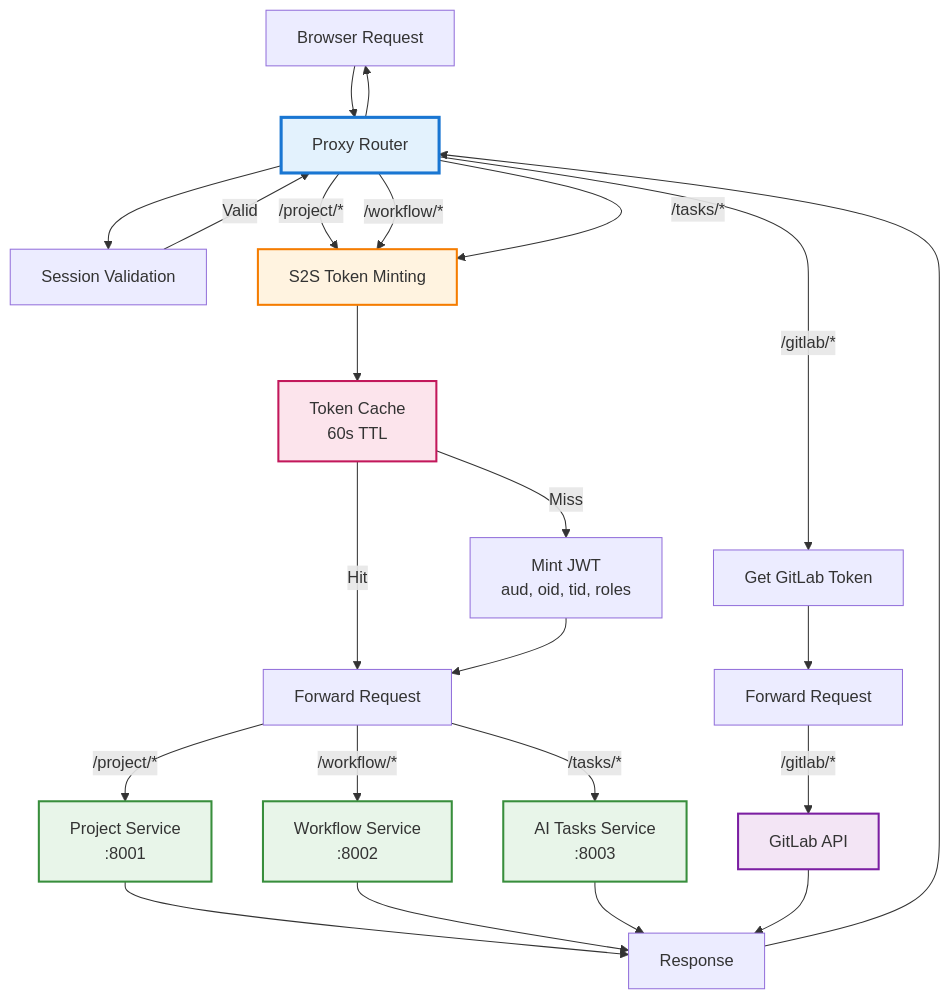
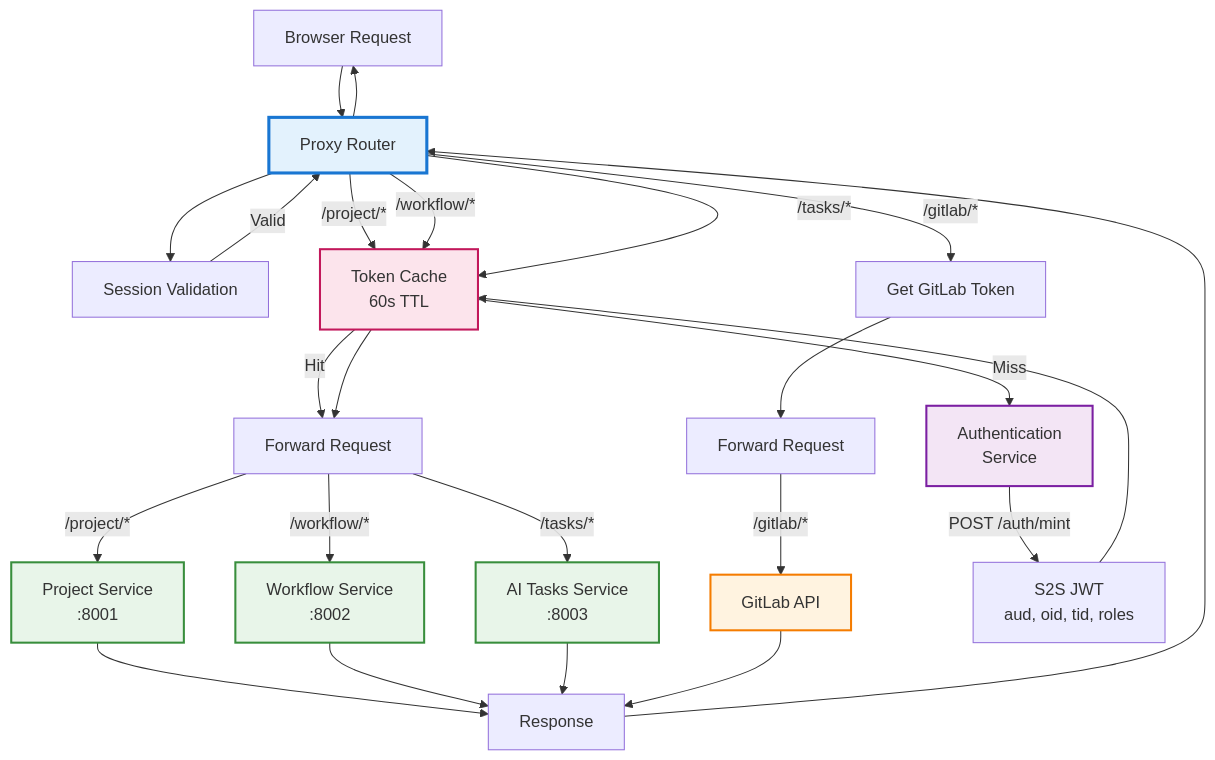
Before and after one commit to vladavilov/playground: diagram 11 of 12 in git-epic-creator/services/ui_service/README.md, drawn with Mermaid. The commit also changed other lines of this file and 20 other files, not shown here.

````diff
--- a/git-epic-creator/services/ui_service/README.md
+++ b/git-epic-creator/services/ui_service/README.md
@@ -747,49 +777,50 @@
 ```mermaid
 flowchart TD
     Browser[Browser Request]
     Proxy[Proxy Router]
     Session[Session Validation]
-    TokenMint[S2S Token Minting]
+    AuthSvc[Authentication<br/>Service]
     Cache[Token Cache<br/>60s TTL]
     
     Project[Project Service<br/>:8001]
     Workflow[Workflow Service<br/>:8002]
     Tasks[AI Tasks Service<br/>:8003]
     GitLab[GitLab API]
     
     Browser --> Proxy
     Proxy --> Session
     Session -->|Valid| Proxy
     
-    Proxy -->|/project/*| TokenMint
-    Proxy -->|/workflow/*| TokenMint
-    Proxy -->|/tasks/*| TokenMint
+    Proxy -->|/project/*| Cache
+    Proxy -->|/workflow/*| Cache
+    Proxy -->|/tasks/*| Cache
     Proxy -->|/gitlab/*| GitLabToken[Get GitLab Token]
     
-    TokenMint --> Cache
     Cache -->|Hit| Forward1[Forward Request]
-    Cache -->|Miss| Mint[Mint JWT<br/>aud, oid, tid, roles]
-    Mint --> Forward1
+    Cache -->|Miss| AuthSvc
+    AuthSvc -->|POST /auth/mint| Mint[S2S JWT<br/>aud, oid, tid, roles]
+    Mint --> Cache
+    Cache --> Forward1
     
     GitLabToken --> Forward2[Forward Request]
     
     Forward1 -->|/project/*| Project
     Forward1 -->|/workflow/*| Workflow
     Forward1 -->|/tasks/*| Tasks
     Forward2 -->|/gitlab/*| GitLab
     
     Project --> Response[Response]
     Workflow --> Response
     Tasks --> Response
     GitLab --> Response
     Response --> Proxy
     Proxy --> Browser
     
     style Proxy fill:#e3f2fd,stroke:#1976d2,stroke-width:3px
-    style TokenMint fill:#fff3e0,stroke:#f57c00,stroke-width:2px
+    style AuthSvc fill:#f3e5f5,stroke:#7b1fa2,stroke-width:2px
     style Cache fill:#fce4ec,stroke:#c2185b,stroke-width:2px
     style Project fill:#e8f5e9,stroke:#388e3c,stroke-width:2px
     style Workflow fill:#e8f5e9,stroke:#388e3c,stroke-width:2px
     style Tasks fill:#e8f5e9,stroke:#388e3c,stroke-width:2px
-    style GitLab fill:#f3e5f5,stroke:#7b1fa2,stroke-width:2px
+    style GitLab fill:#fff3e0,stroke:#f57c00,stroke-width:2px
 ```
````
